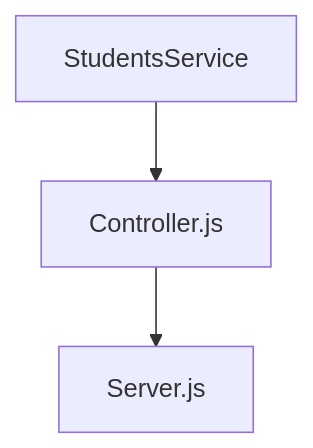
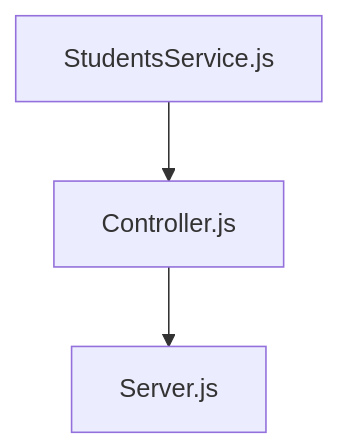
The diagram in readme.md (ChristianDeM/ThinkingAPI), drawn with Mermaid before and after one commit. The commit also changed other lines of this file, not shown here.

````diff
--- a/readme.md
+++ b/readme.md
@@ -11,5 +15,5 @@
 ```mermaid
   graph TD;
-    StudentsService-->Controller.js;
+    StudentsService.js-->Controller.js;
     Controller.js-->Server.js
 ```
````
